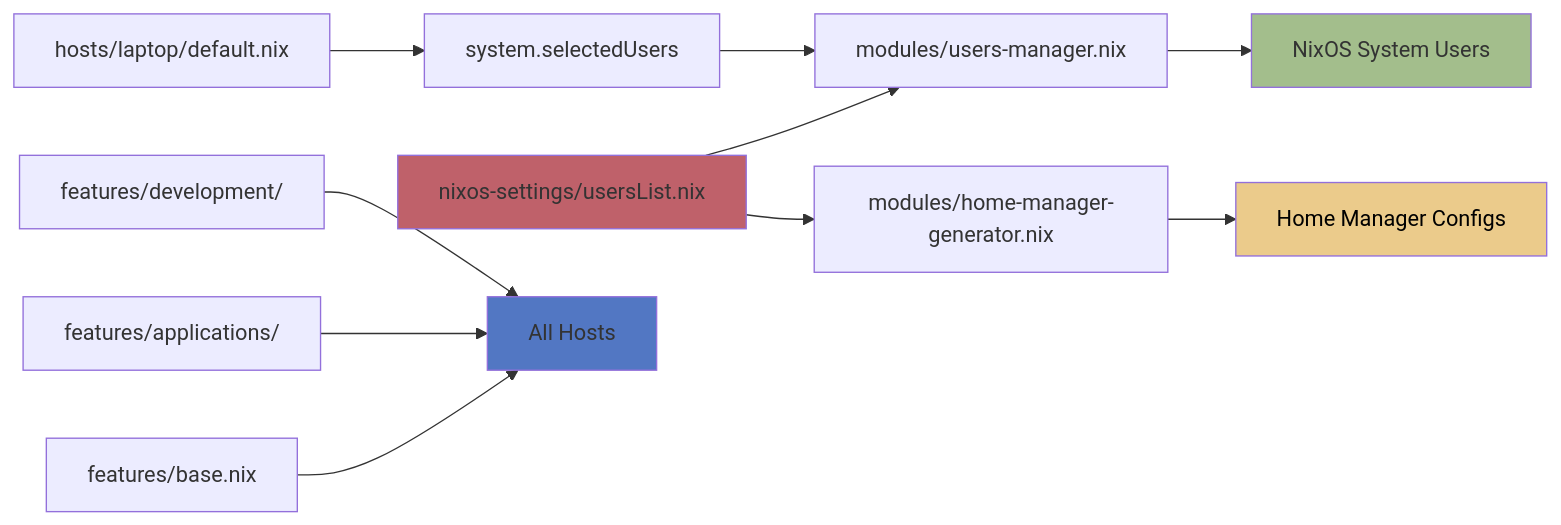
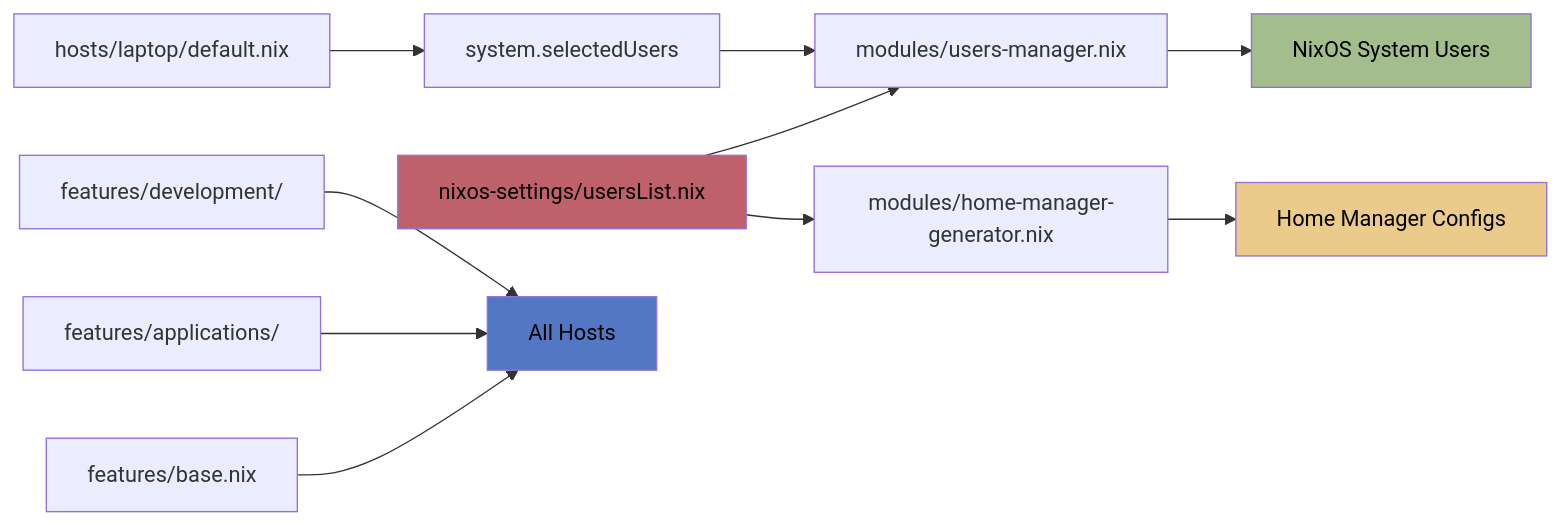
The second of 4 diagrams in README.md (DandelionBold/MyNixOS), drawn with Mermaid before and after one commit. The commit also changed other lines of this file, not shown here.

Commit message:
docs(readme): set black text for all Mermaid node colors (blue, green, yellow, red) for readability

````diff
--- a/README.md
+++ b/README.md
@@ -533,20 +533,20 @@
 ```mermaid
 flowchart LR
     A[nixos-settings/usersList.nix] --> B[modules/users-manager.nix]
     A --> C[modules/home-manager-generator.nix]
     
     B --> D[NixOS System Users]
     C --> E[Home Manager Configs]
     
     F[hosts/laptop/default.nix] --> G[system.selectedUsers]
     G --> B
     
     H[features/base.nix] --> I[All Hosts]
     J[features/applications/] --> I
     K[features/development/] --> I
     
-    style A fill:#bf616a
-    style D fill:#a3be8c
+    style A fill:#bf616a,color:#000
+    style D fill:#a3be8c,color:#000
     style E fill:#ebcb8b,color:#000
-    style I fill:#5277c3
+    style I fill:#5277c3,color:#000
 ```
````
